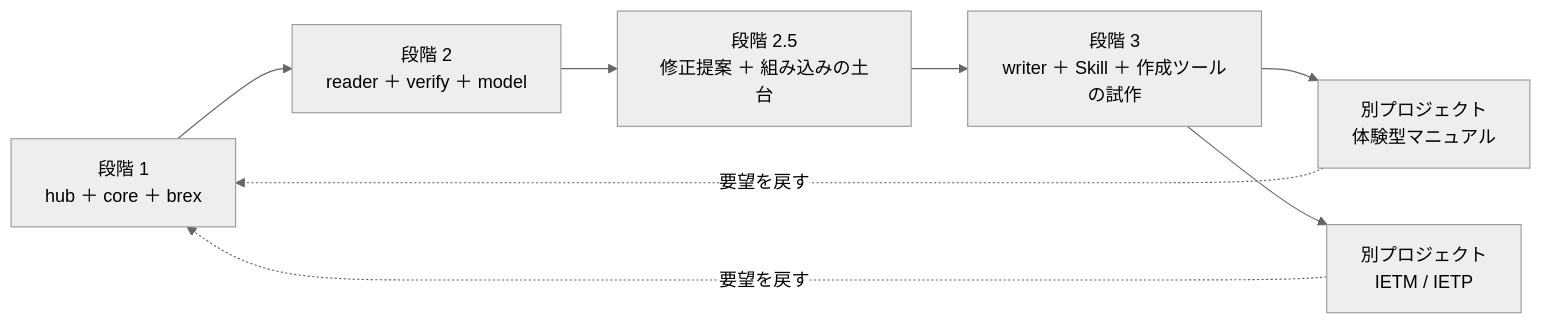
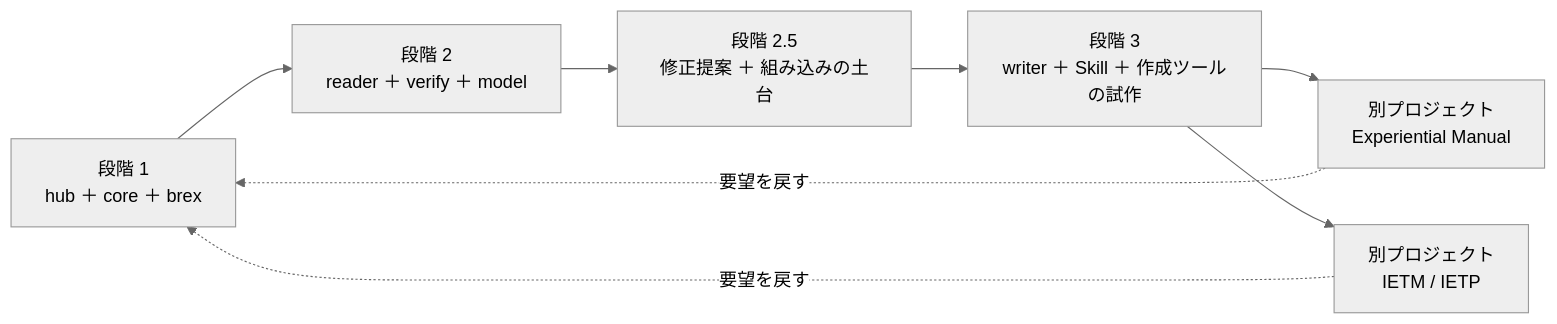
The second of 5 diagrams in docs/ROADMAP.md (shuji-bonji/s1000d-stack), drawn with Mermaid (neutral theme) before and after one commit. The commit also changed other lines of this file, not shown here.

First line of the commit message:
docs: ROADMAP に「いまの状態」（公開中の版、段階 3 の後に足したもの、進行中、未着手）を足し、製品名と古い記述を直しました

````diff
--- a/docs/ROADMAP.md
+++ b/docs/ROADMAP.md
@@ -73,9 +74,9 @@
 ```mermaid
 flowchart LR
   S1["段階 1<br/>hub ＋ core ＋ brex"] --> S2["段階 2<br/>reader ＋ verify ＋ model"]
   S2 --> S25["段階 2.5<br/>修正提案 ＋ 組み込みの土台"]
   S25 --> S3["段階 3<br/>writer ＋ Skill ＋ 作成ツールの試作"]
-  S3 --> XM["別プロジェクト<br/>体験型マニュアル"]
+  S3 --> XM["別プロジェクト<br/>Experiential Manual"]
   S3 --> IETP["別プロジェクト<br/>IETM / IETP"]
   XM & IETP -. 要望を戻す .-> S1
 ```
````
